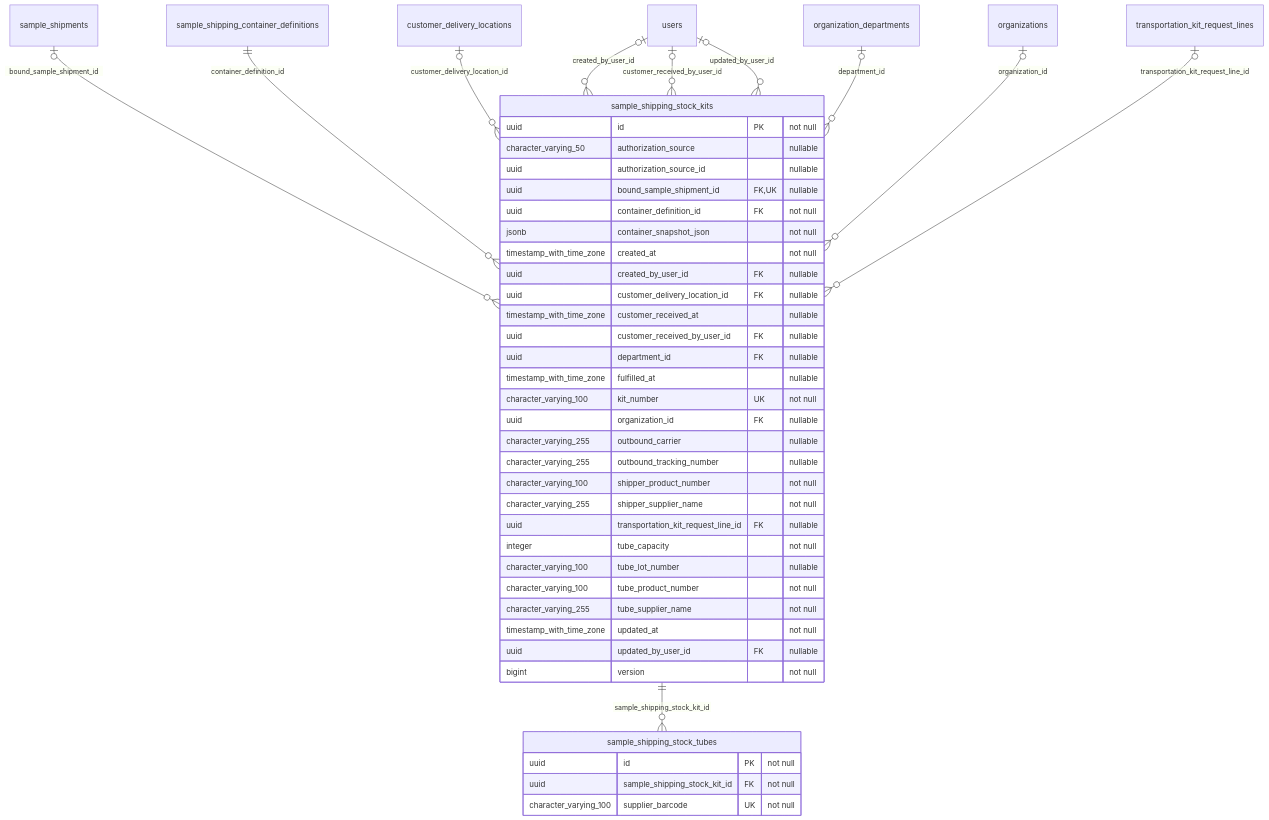
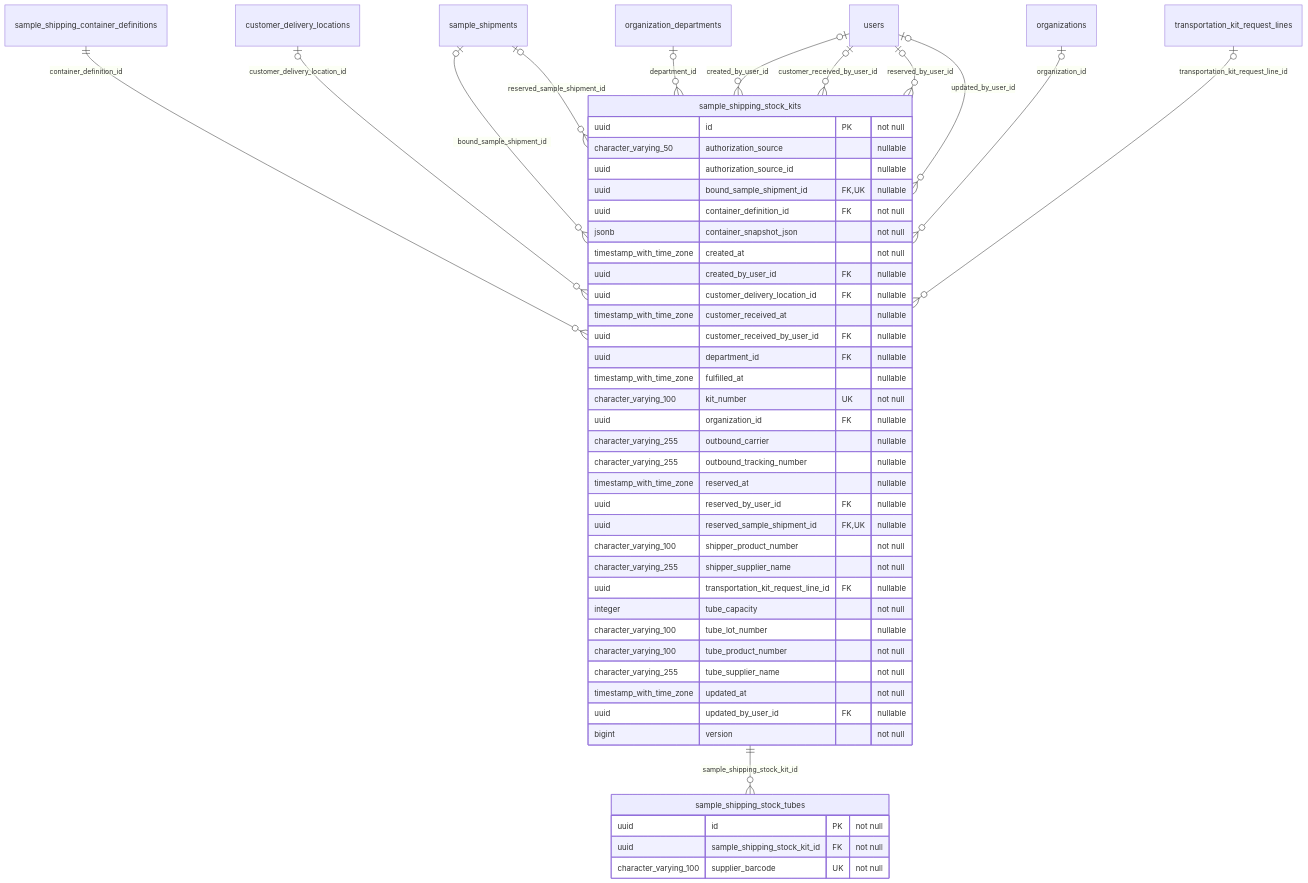
Before and after one commit to behaack/phaeno-ops-mgmt-system: diagram 14 of 27 in docs/database-erd.md, drawn with Mermaid. The commit also changed other lines of this file and 91 other files, not shown here.

````diff
--- a/docs/database-erd.md
+++ b/docs/database-erd.md
@@ -1818,47 +1818,52 @@
 ```mermaid
 erDiagram
     sample_shipping_stock_kits {
         uuid id PK "not null"
         character_varying_50 authorization_source "nullable"
         uuid authorization_source_id "nullable"
         uuid bound_sample_shipment_id FK,UK "nullable"
         uuid container_definition_id FK "not null"
         jsonb container_snapshot_json "not null"
         timestamp_with_time_zone created_at "not null"
         uuid created_by_user_id FK "nullable"
         uuid customer_delivery_location_id FK "nullable"
         timestamp_with_time_zone customer_received_at "nullable"
         uuid customer_received_by_user_id FK "nullable"
         uuid department_id FK "nullable"
         timestamp_with_time_zone fulfilled_at "nullable"
         character_varying_100 kit_number UK "not null"
         uuid organization_id FK "nullable"
         character_varying_255 outbound_carrier "nullable"
         character_varying_255 outbound_tracking_number "nullable"
+        timestamp_with_time_zone reserved_at "nullable"
+        uuid reserved_by_user_id FK "nullable"
+        uuid reserved_sample_shipment_id FK,UK "nullable"
         character_varying_100 shipper_product_number "not null"
         character_varying_255 shipper_supplier_name "not null"
         uuid transportation_kit_request_line_id FK "nullable"
         integer tube_capacity "not null"
         character_varying_100 tube_lot_number "nullable"
         character_varying_100 tube_product_number "not null"
         character_varying_255 tube_supplier_name "not null"
         timestamp_with_time_zone updated_at "not null"
         uuid updated_by_user_id FK "nullable"
         bigint version "not null"
     }
     sample_shipping_stock_tubes {
         uuid id PK "not null"
         uuid sample_shipping_stock_kit_id FK "not null"
         character_varying_100 supplier_barcode UK "not null"
     }
     sample_shipments o|--o{ sample_shipping_stock_kits : "bound_sample_shipment_id"
     sample_shipping_container_definitions ||--o{ sample_shipping_stock_kits : "container_definition_id"
     users o|--o{ sample_shipping_stock_kits : "created_by_user_id"
     customer_delivery_locations o|--o{ sample_shipping_stock_kits : "customer_delivery_location_id"
     users o|--o{ sample_shipping_stock_kits : "customer_received_by_user_id"
     organization_departments o|--o{ sample_shipping_stock_kits : "department_id"
     organizations o|--o{ sample_shipping_stock_kits : "organization_id"
+    users o|--o{ sample_shipping_stock_kits : "reserved_by_user_id"
+    sample_shipments o|--o{ sample_shipping_stock_kits : "reserved_sample_shipment_id"
     transportation_kit_request_lines o|--o{ sample_shipping_stock_kits : "transportation_kit_request_line_id"
     users o|--o{ sample_shipping_stock_kits : "updated_by_user_id"
     sample_shipping_stock_kits ||--o{ sample_shipping_stock_tubes : "sample_shipping_stock_kit_id"
 ```
````
